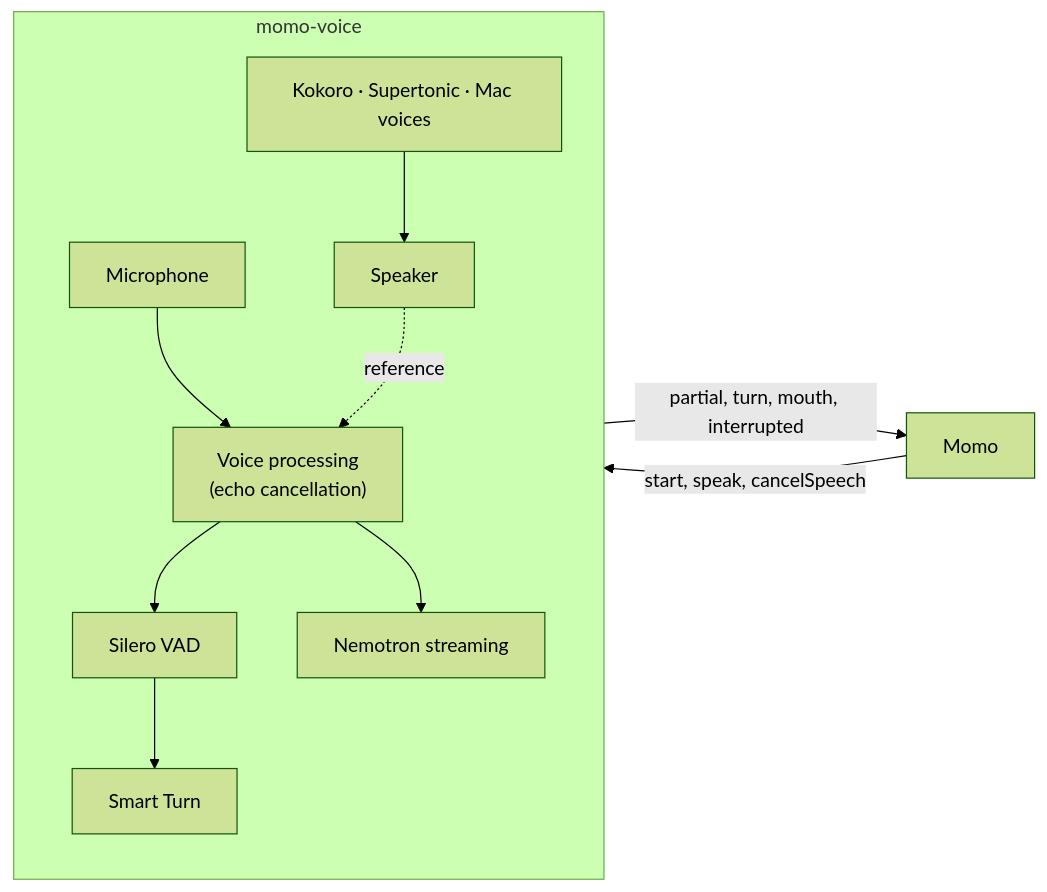
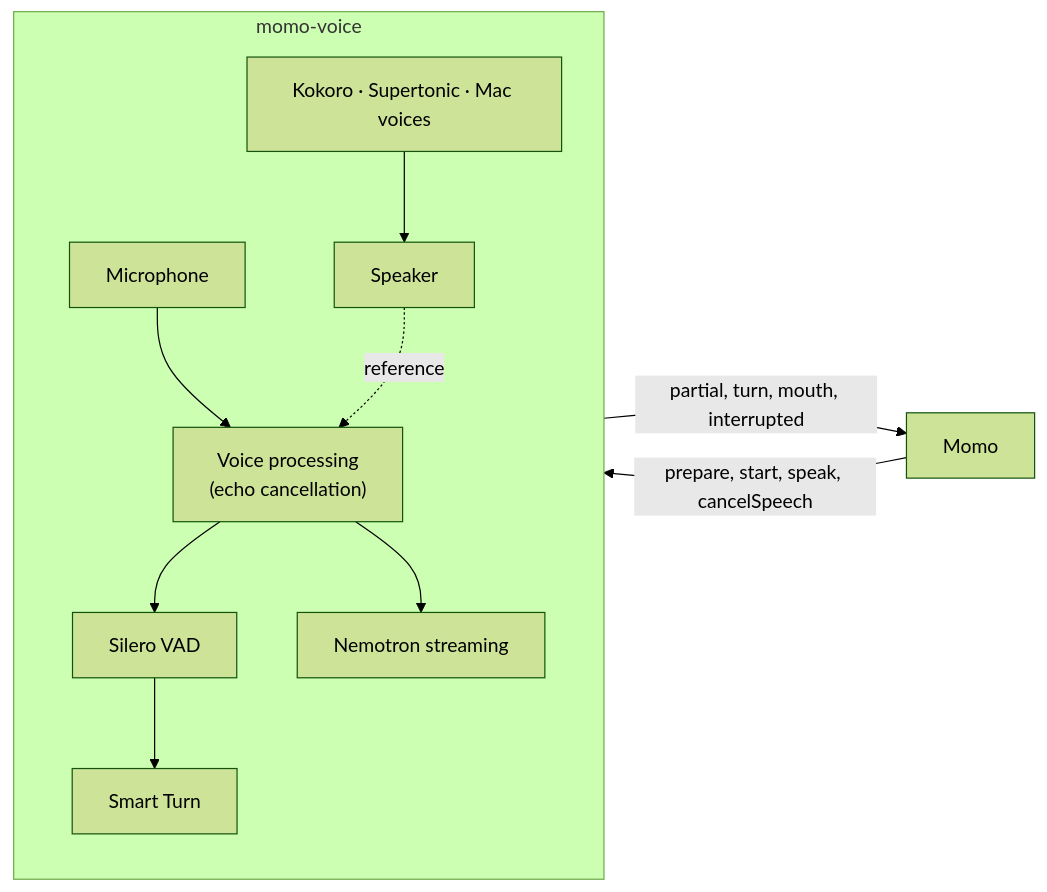
The third of 3 diagrams in docs/architecture.md (uemrey0/momo), drawn with Mermaid (forest theme) before and after one commit. The commit also changed other lines of this file and 11 other files, not shown here.

````diff
--- a/docs/architecture.md
+++ b/docs/architecture.md
@@ -283,12 +291,12 @@
 ```mermaid
 flowchart LR
-  Momo["Momo"] -- "start, speak, cancelSpeech" --> Helper
+  Momo["Momo"] -- "prepare, start, speak, cancelSpeech" --> Helper
   Helper -- "partial, turn, mouth, interrupted" --> Momo
   subgraph Helper["momo-voice"]
     Mic["Microphone"] --> VPIO["Voice processing\n(echo cancellation)"]
     VPIO --> VAD["Silero VAD"] --> Turn["Smart Turn"]
     VPIO --> ASR["Nemotron streaming"]
     TTS["Kokoro · Supertonic · Mac voices"] --> Out["Speaker"]
     Out -. reference .-> VPIO
   end
 ```
````
